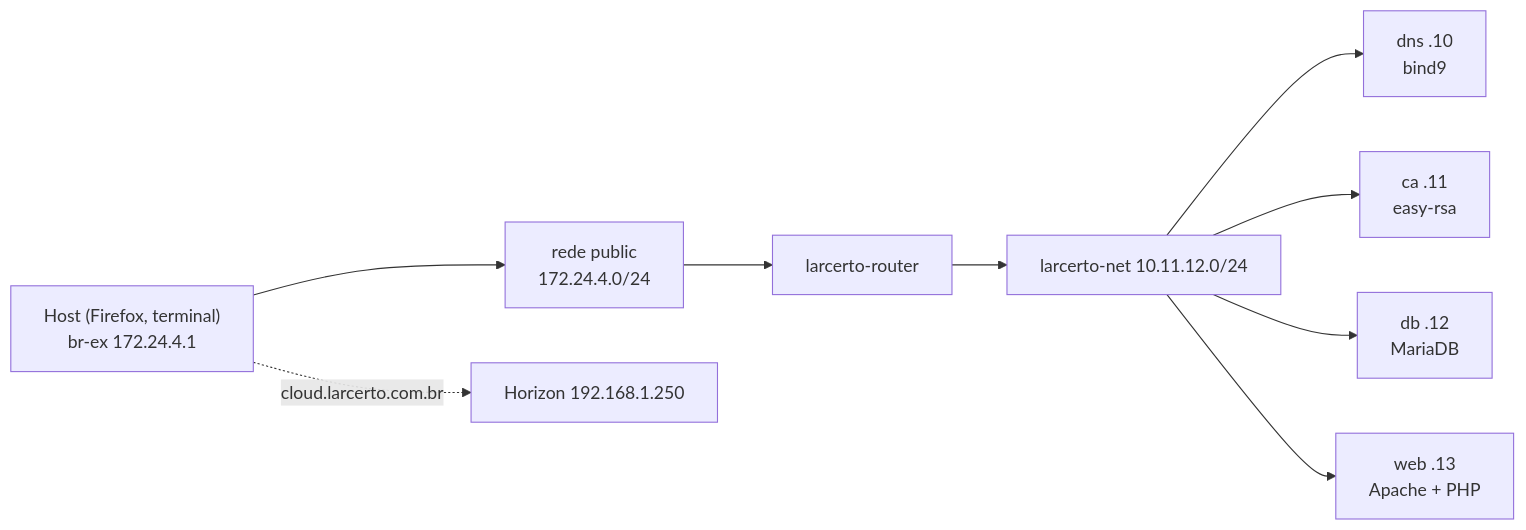
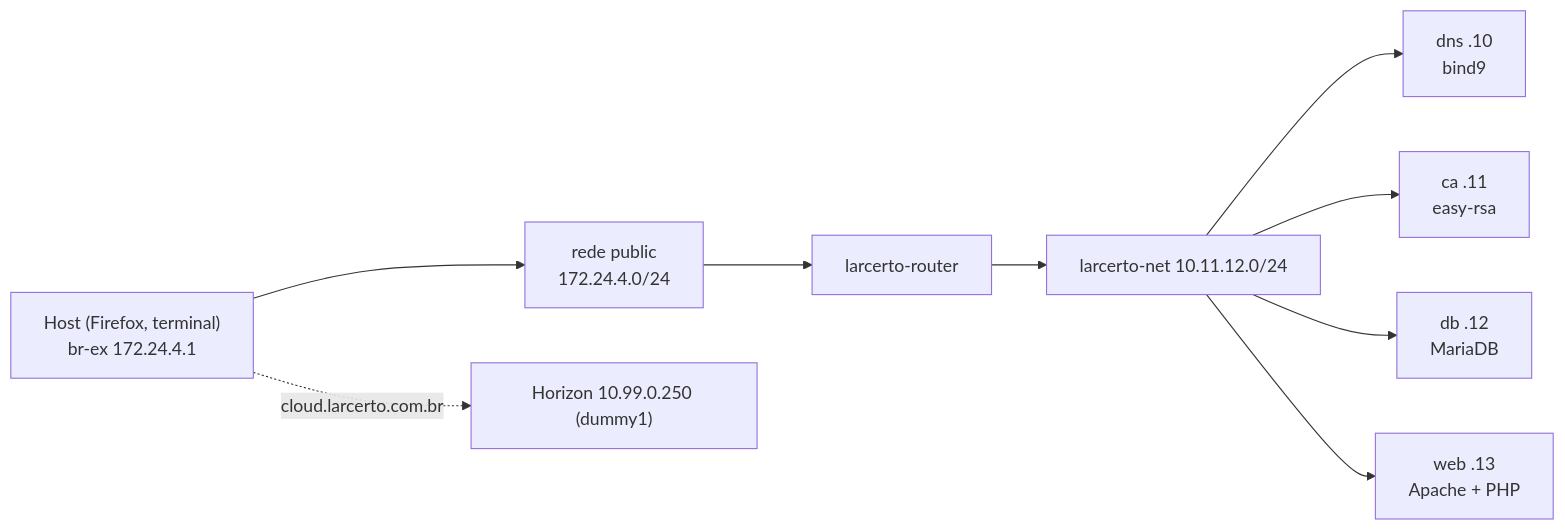
Before and after one commit to klsio22/larcerto-cloud: the diagram in docs/nuvem-larcerto.md, drawn with Mermaid. The commit also changed other lines of this file and 12 other files, not shown here.

First line of the commit message:
Run the cloud on host-only virtual interfaces

````diff
--- a/docs/nuvem-larcerto.md
+++ b/docs/nuvem-larcerto.md
@@ -9,11 +9,11 @@
 ```mermaid
 flowchart LR
   host["Host (Firefox, terminal)<br/>br-ex 172.24.4.1"] --> pub["rede public<br/>172.24.4.0/24"]
   pub --> r["larcerto-router"]
   r --> net["larcerto-net 10.11.12.0/24"]
   net --> dns["dns .10<br/>bind9"]
   net --> ca["ca .11<br/>easy-rsa"]
   net --> db["db .12<br/>MariaDB"]
   net --> web["web .13<br/>Apache + PHP"]
-  host -. "cloud.larcerto.com.br" .-> vip["Horizon 192.168.1.250"]
+  host -. "cloud.larcerto.com.br" .-> vip["Horizon 10.99.0.250 (dummy1)"]
 ```
````
